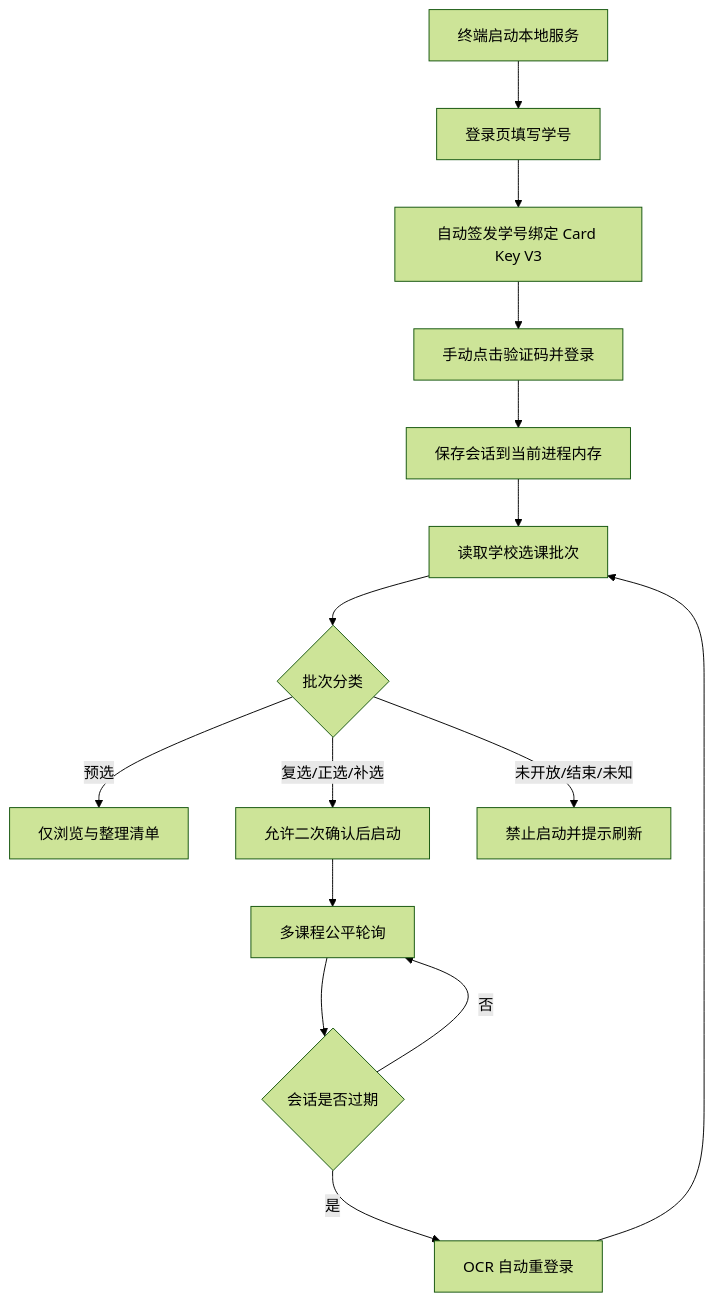
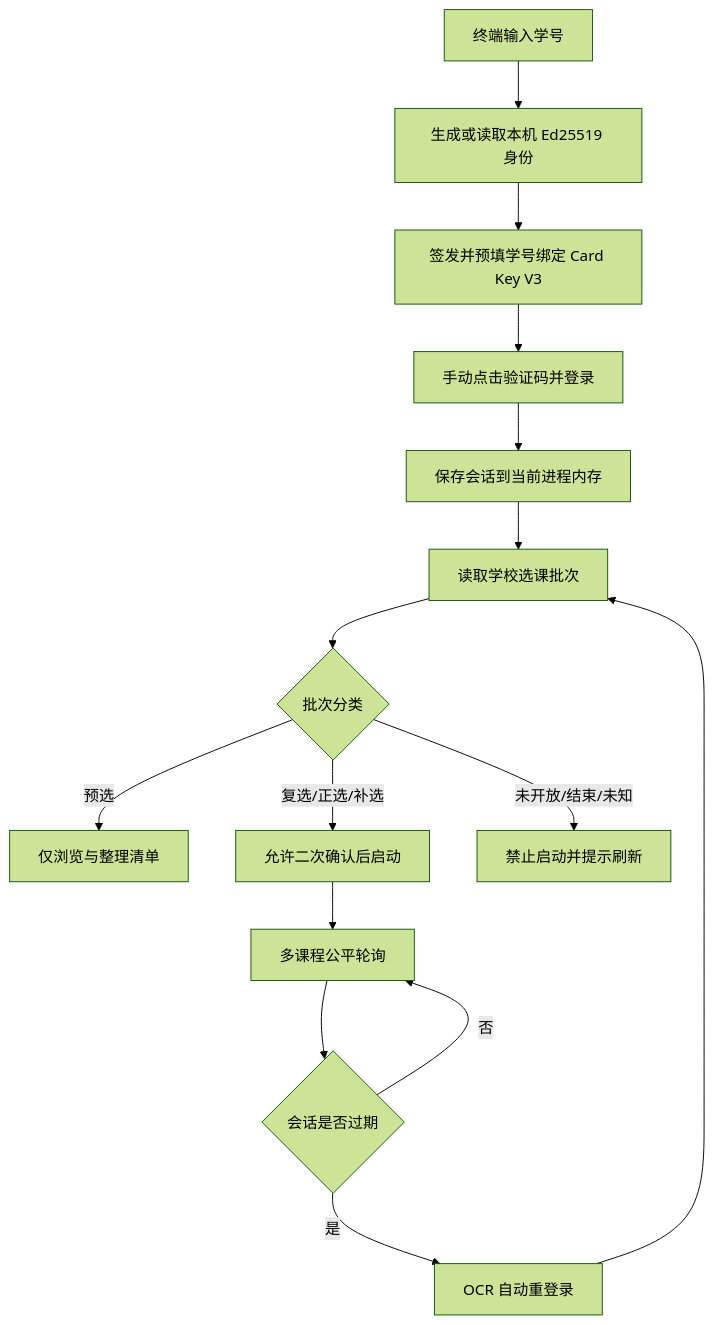
The diagram in README.md (superbigcup325/SZU-Course-Help), drawn with Mermaid (forest theme) before and after one commit. The commit also changed other lines of this file and 56 other files, not shown here.

````diff
--- a/README.md
+++ b/README.md
@@ -136,17 +137,17 @@
 ```mermaid
 flowchart TD
-    A[终端启动本地服务] --> B[登录页填写学号]
-    B --> C[自动签发学号绑定 Card Key V3]
+    A[终端输入学号] --> B[生成或读取本机 Ed25519 身份]
+    B --> C[签发并预填学号绑定 Card Key V3]
     C --> D[手动点击验证码并登录]
     D --> E[保存会话到当前进程内存]
     E --> F[读取学校选课批次]
     F --> G{批次分类}
     G -->|预选| H[仅浏览与整理清单]
     G -->|复选/正选/补选| I[允许二次确认后启动]
     G -->|未开放/结束/未知| J[禁止启动并提示刷新]
     I --> K[多课程公平轮询]
     K --> L{会话是否过期}
     L -->|否| K
     L -->|是| M[OCR 自动重登录]
     M --> F
 ```
````
